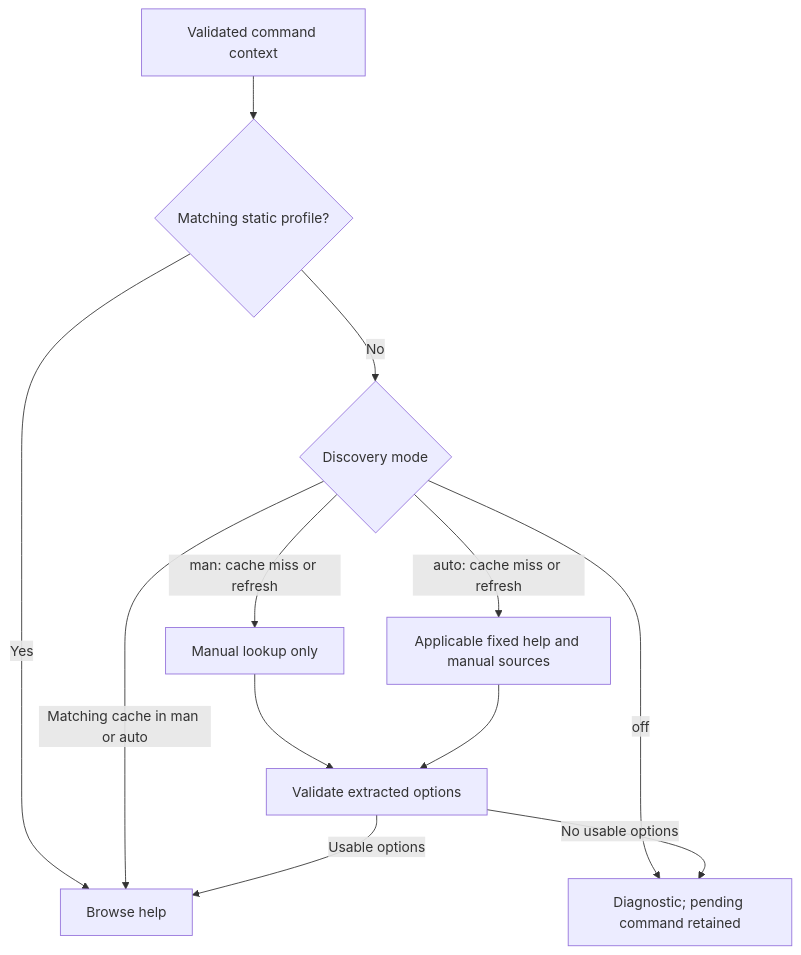
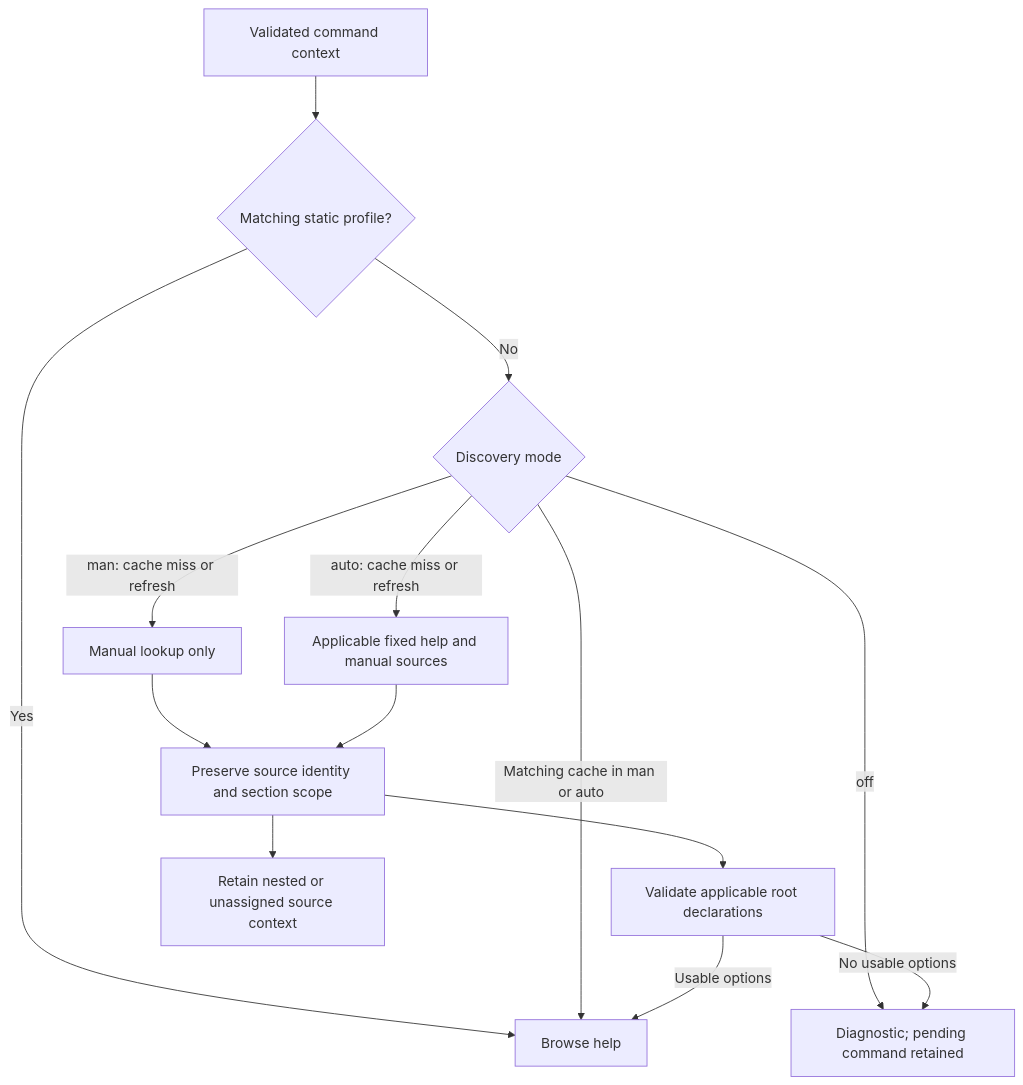
Before and after one commit to Usrnmna/CLI-InteractiveHelpMenu: the diagram in docs/discovery-and-safety.md, drawn with Mermaid. The commit also changed other lines of this file and 30 other files, not shown here.

````diff
--- a/docs/discovery-and-safety.md
+++ b/docs/discovery-and-safety.md
@@ -9,14 +9,16 @@
 ```mermaid
 flowchart TD
     C[Validated command context] --> P{Matching static profile?}
     P -->|Yes| B[Browse help]
     P -->|No| M{Discovery mode}
     M -->|off| E[Diagnostic; pending command retained]
     M -->|Matching cache in man or auto| B
     M -->|man: cache miss or refresh| A[Manual lookup only]
     M -->|auto: cache miss or refresh| H[Applicable fixed help and manual sources]
-    A --> V[Validate extracted options]
-    H --> V
+    A --> S[Preserve source identity and section scope]
+    H --> S
+    S --> V[Validate applicable root declarations]
+    S --> N[Retain nested or unassigned source context]
     V -->|Usable options| B
     V -->|No usable options| E
 ```
````
